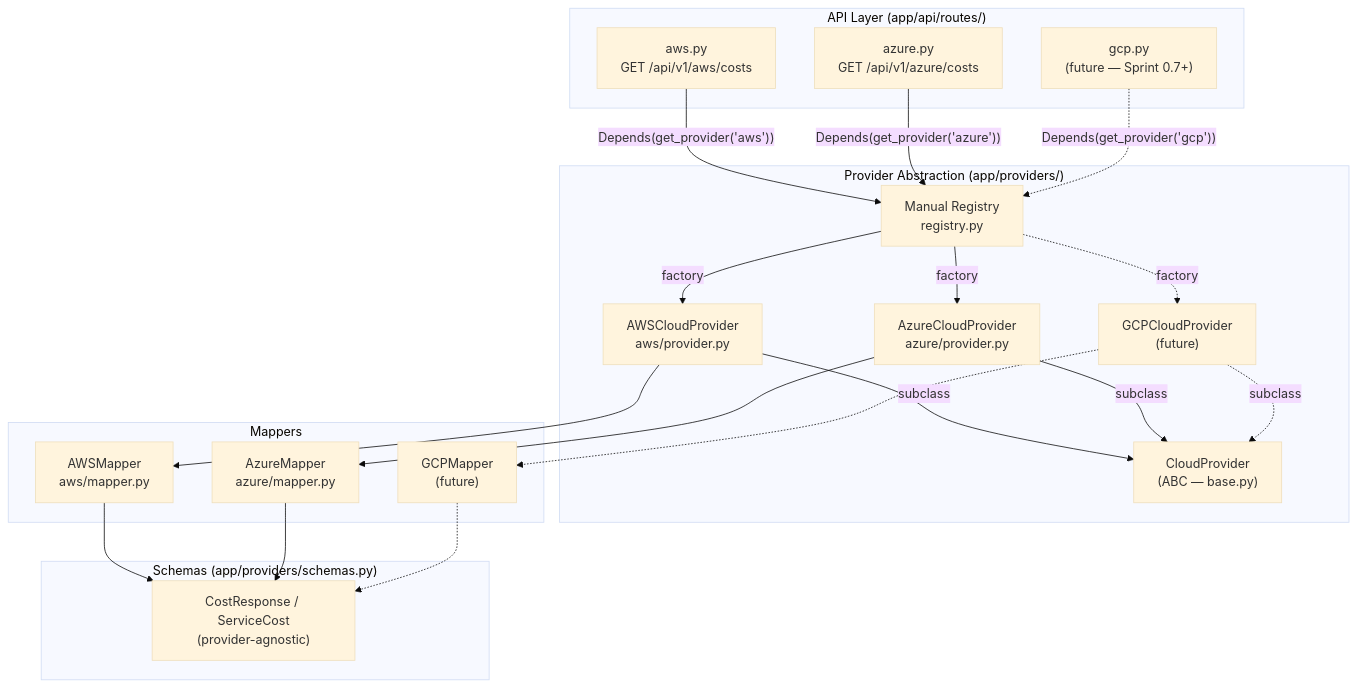
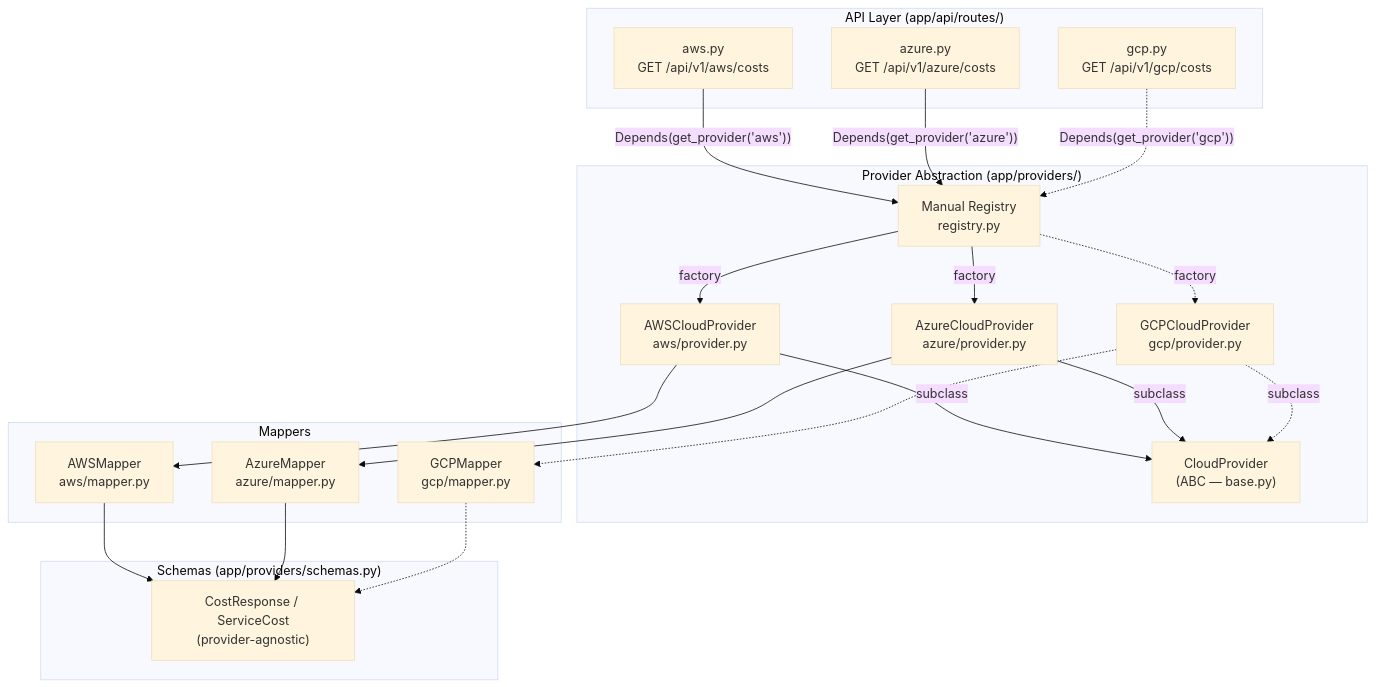
One commit to manikantadakarapu/multi-cloud-ai-cost-detector changed the third of 11 diagrams in docs/architecture.md. Above: the diagram before and after it, drawn with Mermaid (base theme). The commit also changed other lines of this file and 9 other files, not shown here.

First line of the commit message:
feat: Sprint 1.0 — Authentication & API Security (#18)

````diff
--- a/docs/architecture.md
+++ b/docs/architecture.md
@@ -153,46 +153,46 @@
 ```mermaid
 graph TD
     subgraph "API Layer (app/api/routes/)"
         AWSRoute["aws.py<br/>GET /api/v1/aws/costs"]
         AzureRoute["azure.py<br/>GET /api/v1/azure/costs"]
-        GCPRoute["gcp.py<br/>(future — Sprint 0.7+)"]
+        GCPRoute["gcp.py<br/>GET /api/v1/gcp/costs"]
     end
 
     subgraph "Provider Abstraction (app/providers/)"
         ABC["CloudProvider<br/>(ABC — base.py)"]
         AWS["AWSCloudProvider<br/>aws/provider.py"]
         Azure["AzureCloudProvider<br/>azure/provider.py"]
-        GCP["GCPCloudProvider<br/>(future)"]
+        GCP["GCPCloudProvider<br/>gcp/provider.py"]
         Registry["Manual Registry<br/>registry.py"]
     end
 
     subgraph "Schemas (app/providers/schemas.py)"
         Resp["CostResponse / ServiceCost<br/>(provider-agnostic)"]
     end
 
     subgraph "Mappers"
         AWSMap["AWSMapper<br/>aws/mapper.py"]
         AzureMap["AzureMapper<br/>azure/mapper.py"]
-        GCPMap["GCPMapper<br/>(future)"]
+        GCPMap["GCPMapper<br/>gcp/mapper.py"]
     end
 
     AWSRoute -->|"Depends(get_provider('aws'))"| Registry
     AzureRoute -->|"Depends(get_provider('azure'))"| Registry
     GCPRoute -.->|"Depends(get_provider('gcp'))"| Registry
 
     Registry -->|factory| AWS
     Registry -->|factory| Azure
     Registry -.->|factory| GCP
 
     AWS -->|subclass| ABC
     Azure -->|subclass| ABC
     GCP -.->|subclass| ABC
 
     AWS --> AWSMap
     Azure --> AzureMap
     GCP -.-> GCPMap
 
     AWSMap --> Resp
     AzureMap --> Resp
     GCPMap -.-> Resp
 ```
````
